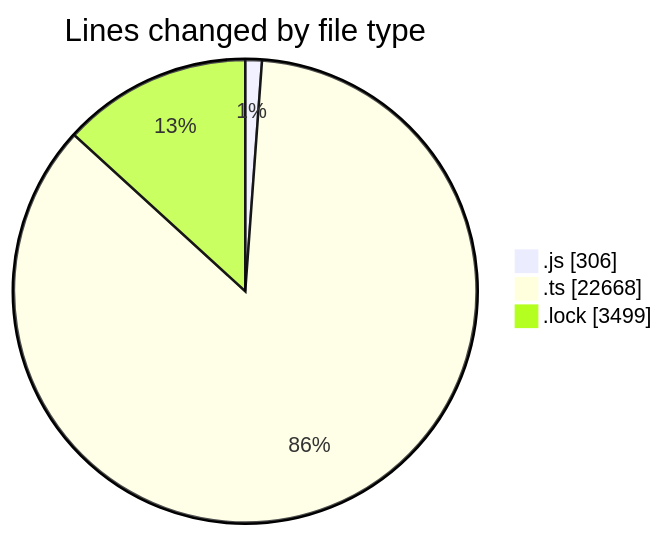
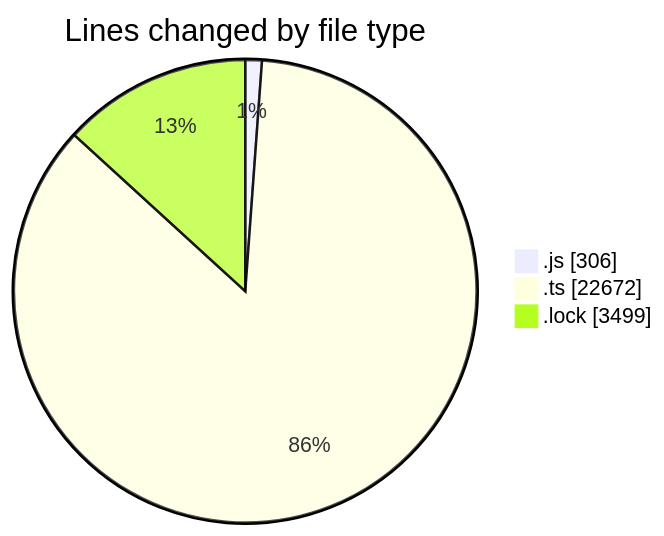
The first of 2 diagrams in 2025-05-27/cda/README.md (momahboobian/code-tracking), drawn with Mermaid before and after one commit. The commit also changed other lines of this file and 1 other file, not shown here.

````diff
--- a/2025-05-27/cda/README.md
+++ b/2025-05-27/cda/README.md
@@ -28,7 +28,7 @@
 ```mermaid
 pie showData
 title Lines changed by file type
 ".js" : 306
-".ts" : 22668
+".ts" : 22672
 ".lock" : 3499
 ```
````
